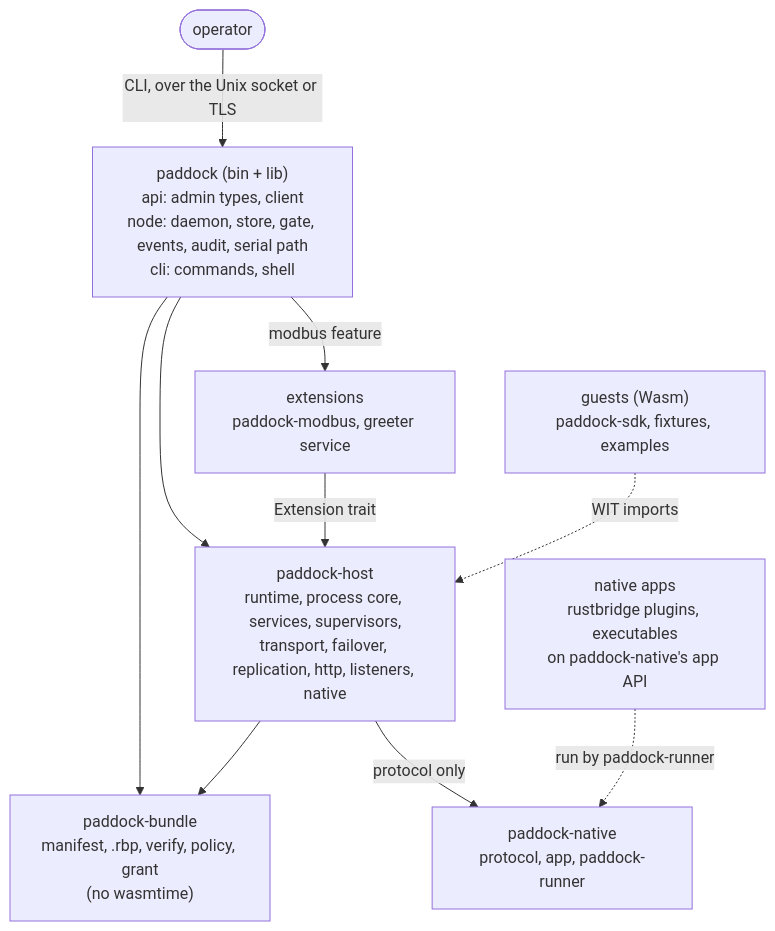
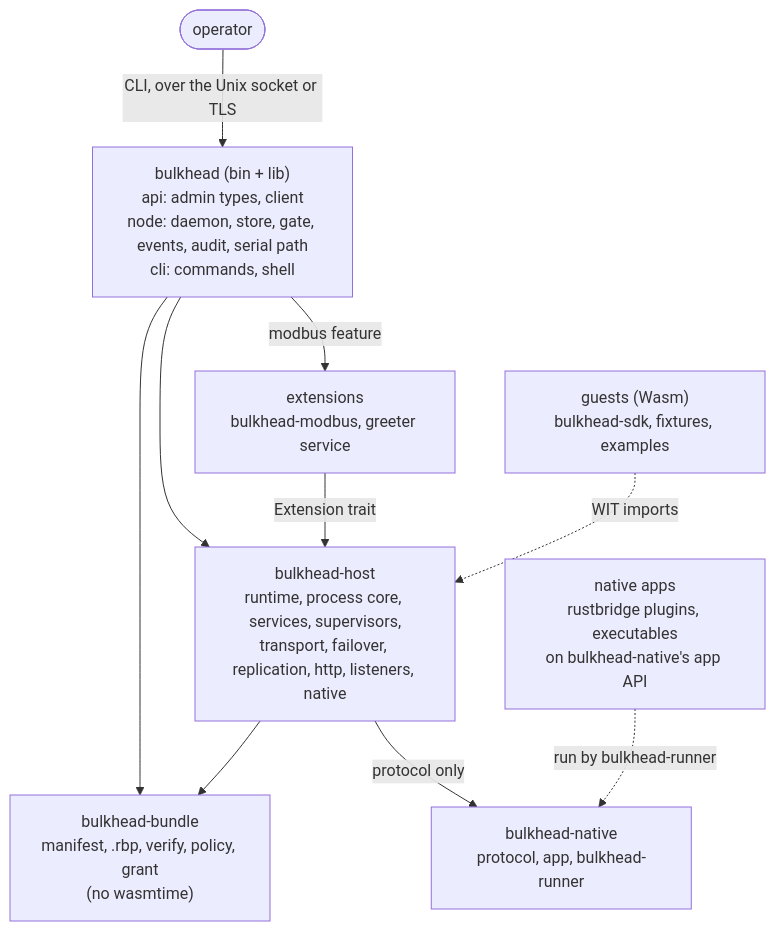
One commit to jrobhoward/paddock changed the first of 6 diagrams in docs/ARCHITECTURE.md. Above: the diagram before and after it, drawn with Mermaid. The commit also changed other lines of this file and 955 other files, not shown here.

Commit message:
Fork Paddock as Bulkhead: rename everything

````diff
--- a/docs/ARCHITECTURE.md
+++ b/docs/ARCHITECTURE.md
@@ -9,19 +9,19 @@
 ```mermaid
 flowchart TD
-    operator(["operator"]) -->|"CLI, over the Unix socket or TLS"| paddock
-    paddock["paddock (bin + lib)<br/>api: admin types, client<br/>node: daemon, store, gate, events, audit, serial path<br/>cli: commands, shell"]
-    host["paddock-host<br/>runtime, process core, services, supervisors,<br/>transport, failover, replication, http, listeners, native"]
-    bundle["paddock-bundle<br/>manifest, .rbp, verify, policy, grant<br/>(no wasmtime)"]
-    native["paddock-native<br/>protocol, app, paddock-runner"]
-    ext["extensions<br/>paddock-modbus, greeter service"]
-    guests["guests (Wasm)<br/>paddock-sdk, fixtures, examples"]
-    napps["native apps<br/>rustbridge plugins, executables<br/>on paddock-native's app API"]
-    paddock --> host
-    paddock --> bundle
-    paddock -->|"modbus feature"| ext
+    operator(["operator"]) -->|"CLI, over the Unix socket or TLS"| bulkhead
+    bulkhead["bulkhead (bin + lib)<br/>api: admin types, client<br/>node: daemon, store, gate, events, audit, serial path<br/>cli: commands, shell"]
+    host["bulkhead-host<br/>runtime, process core, services, supervisors,<br/>transport, failover, replication, http, listeners, native"]
+    bundle["bulkhead-bundle<br/>manifest, .rbp, verify, policy, grant<br/>(no wasmtime)"]
+    native["bulkhead-native<br/>protocol, app, bulkhead-runner"]
+    ext["extensions<br/>bulkhead-modbus, greeter service"]
+    guests["guests (Wasm)<br/>bulkhead-sdk, fixtures, examples"]
+    napps["native apps<br/>rustbridge plugins, executables<br/>on bulkhead-native's app API"]
+    bulkhead --> host
+    bulkhead --> bundle
+    bulkhead -->|"modbus feature"| ext
     host --> bundle
     host -->|"protocol only"| native
     ext -->|"Extension trait"| host
     guests -.->|"WIT imports"| host
-    napps -.->|"run by paddock-runner"| native
+    napps -.->|"run by bulkhead-runner"| native
 ```
````
